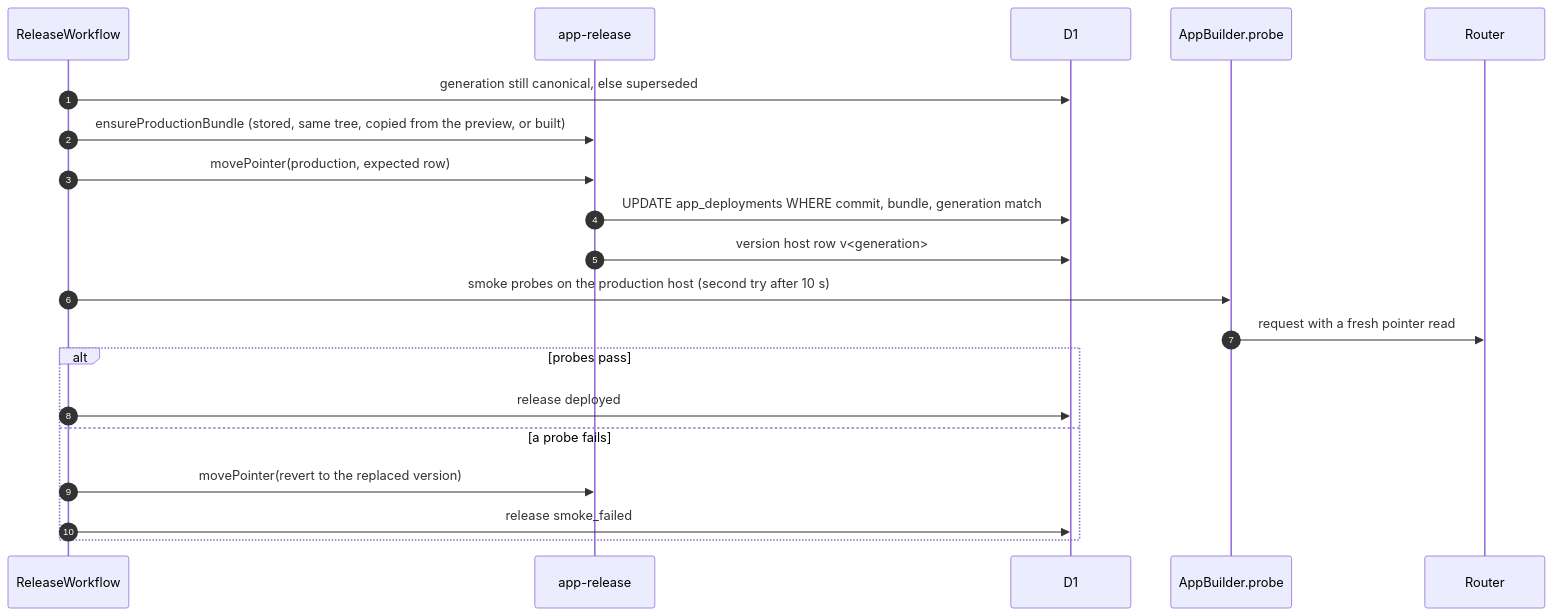
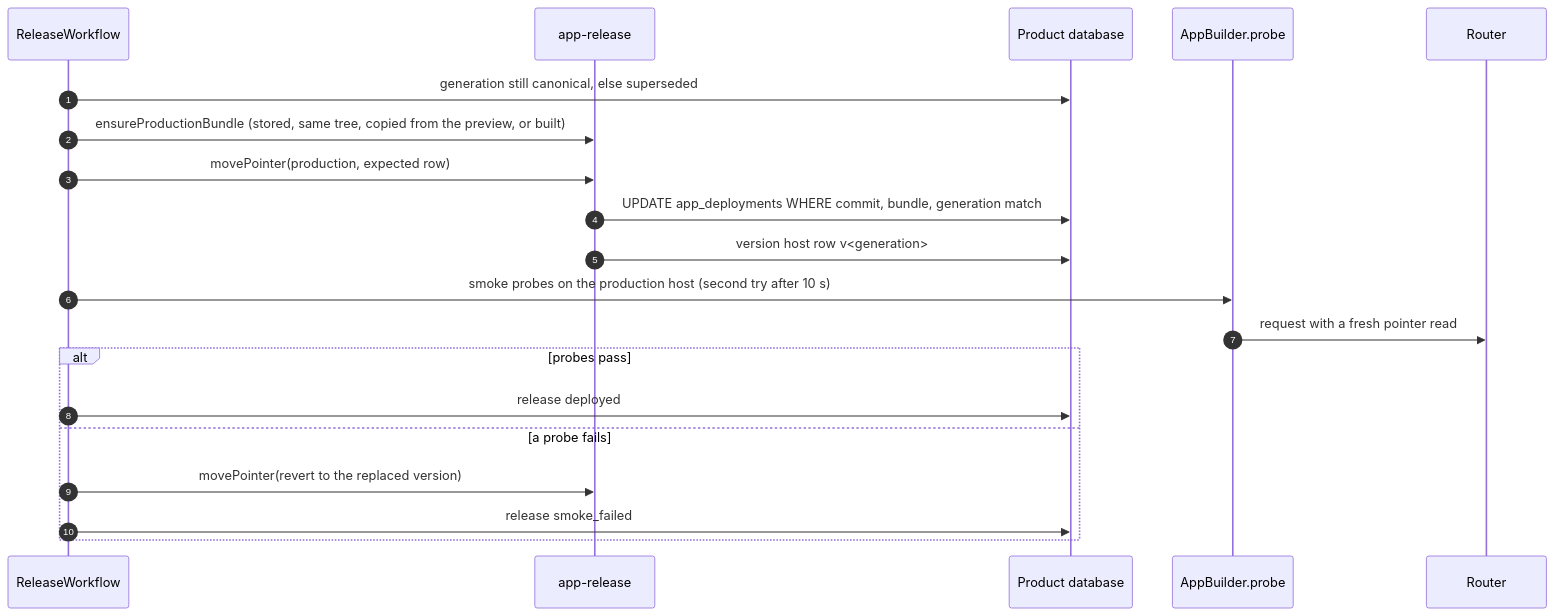
The second of 2 diagrams in docs/architecture/live-apps.md (nsudhanva/rhumbatron), drawn with Mermaid before and after one commit. The commit also changed other lines of this file and 322 other files, not shown here.

````diff
--- a/docs/architecture/live-apps.md
+++ b/docs/architecture/live-apps.md
@@ -120,23 +121,23 @@
 ```mermaid
 sequenceDiagram
   autonumber
   participant RW as ReleaseWorkflow
   participant INT as app-release
-  participant D1 as D1
+  participant DB as Product database
   participant APPS as AppBuilder.probe
   participant Router as Router
 
-  RW->>D1: generation still canonical, else superseded
+  RW->>DB: generation still canonical, else superseded
   RW->>INT: ensureProductionBundle (stored, same tree, copied from the preview, or built)
   RW->>INT: movePointer(production, expected row)
-  INT->>D1: UPDATE app_deployments WHERE commit, bundle, generation match
-  INT->>D1: version host row v<generation>
+  INT->>DB: UPDATE app_deployments WHERE commit, bundle, generation match
+  INT->>DB: version host row v<generation>
   RW->>APPS: smoke probes on the production host (second try after 10 s)
   APPS->>Router: request with a fresh pointer read
   alt probes pass
-    RW->>D1: release deployed
+    RW->>DB: release deployed
   else a probe fails
     RW->>INT: movePointer(revert to the replaced version)
-    RW->>D1: release smoke_failed
+    RW->>DB: release smoke_failed
   end
 ```
````
